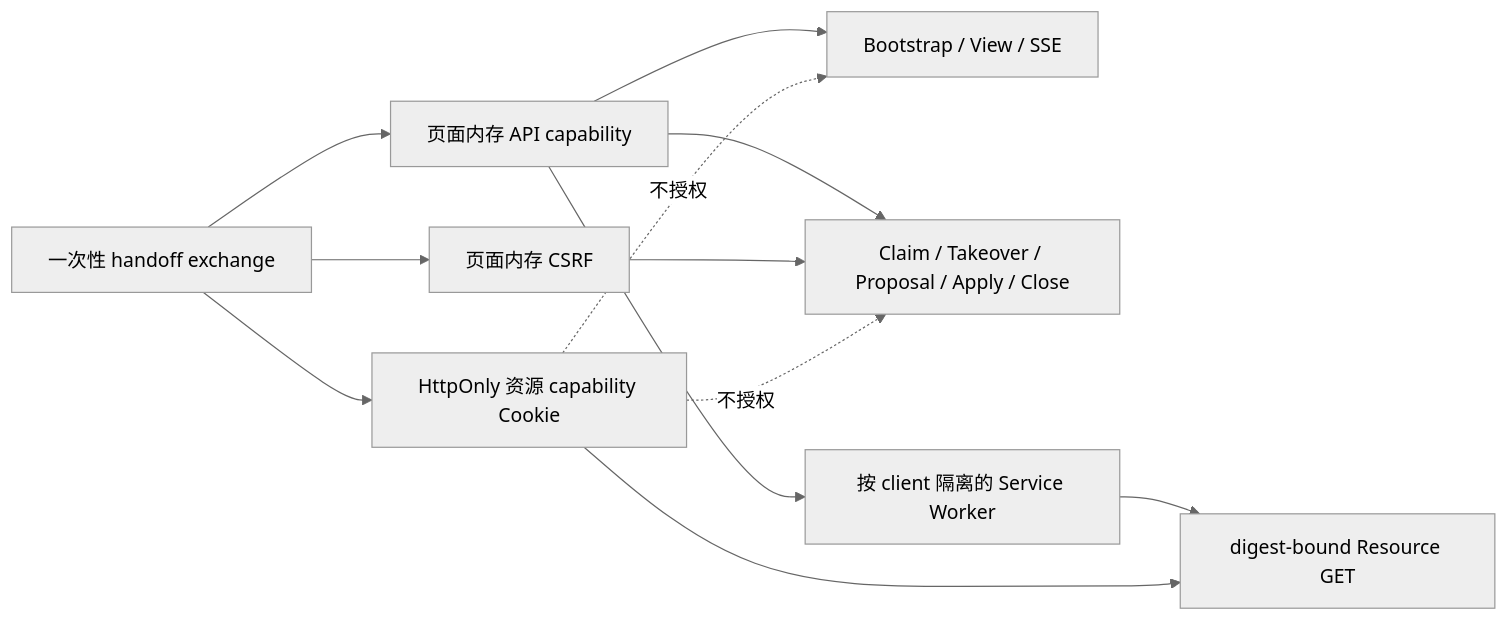
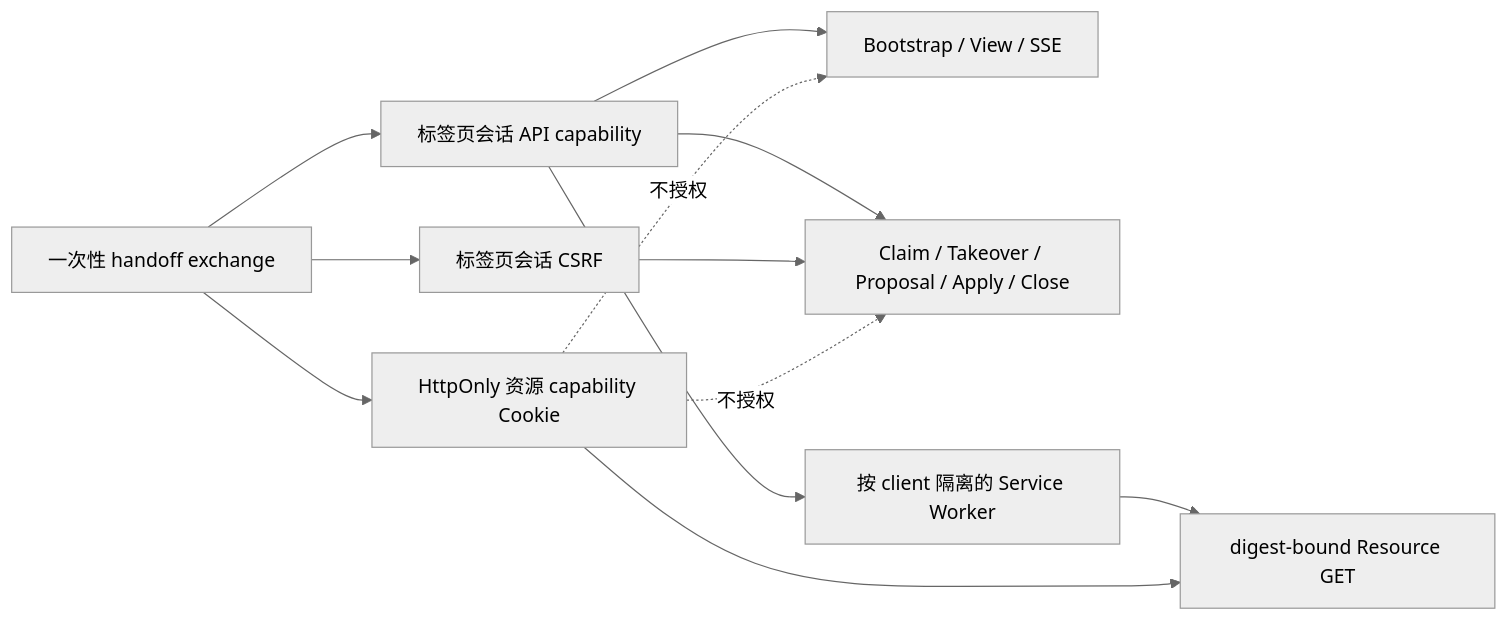
Before and after one commit to limecloud/contentcloud: the seventh of 18 diagrams in docs/product/customer-creation-studio/05-local-workbench-browser.md, drawn with Mermaid (neutral theme). The commit also changed other lines of this file and 126 other files, not shown here.

````diff
--- a/docs/product/customer-creation-studio/05-local-workbench-browser.md
+++ b/docs/product/customer-creation-studio/05-local-workbench-browser.md
@@ -279,14 +401,14 @@
 ```mermaid
 flowchart LR
-    Exchange[一次性 handoff exchange] --> API[页面内存 API capability]
-    Exchange --> CSRF[页面内存 CSRF]
+    Exchange[一次性 handoff exchange] --> API[标签页会话 API capability]
+    Exchange --> CSRF[标签页会话 CSRF]
     Exchange --> Cookie[HttpOnly 资源 capability Cookie]
     API --> Read[Bootstrap / View / SSE]
     API --> Mutation[Claim / Takeover / Proposal / Apply / Close]
     CSRF --> Mutation
     API --> SW[按 client 隔离的 Service Worker]
     SW --> Resource[digest-bound Resource GET]
     Cookie --> Resource
     Cookie -. 不授权 .-> Read
     Cookie -. 不授权 .-> Mutation
 ```
````
